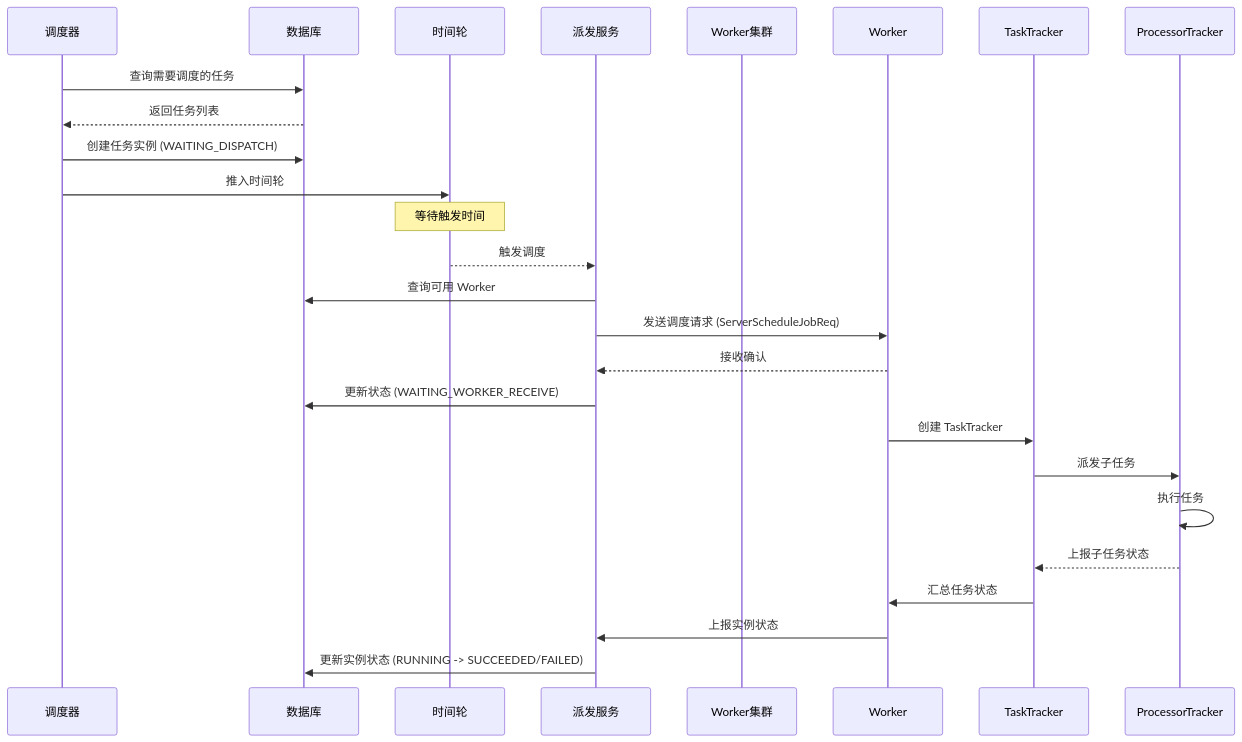
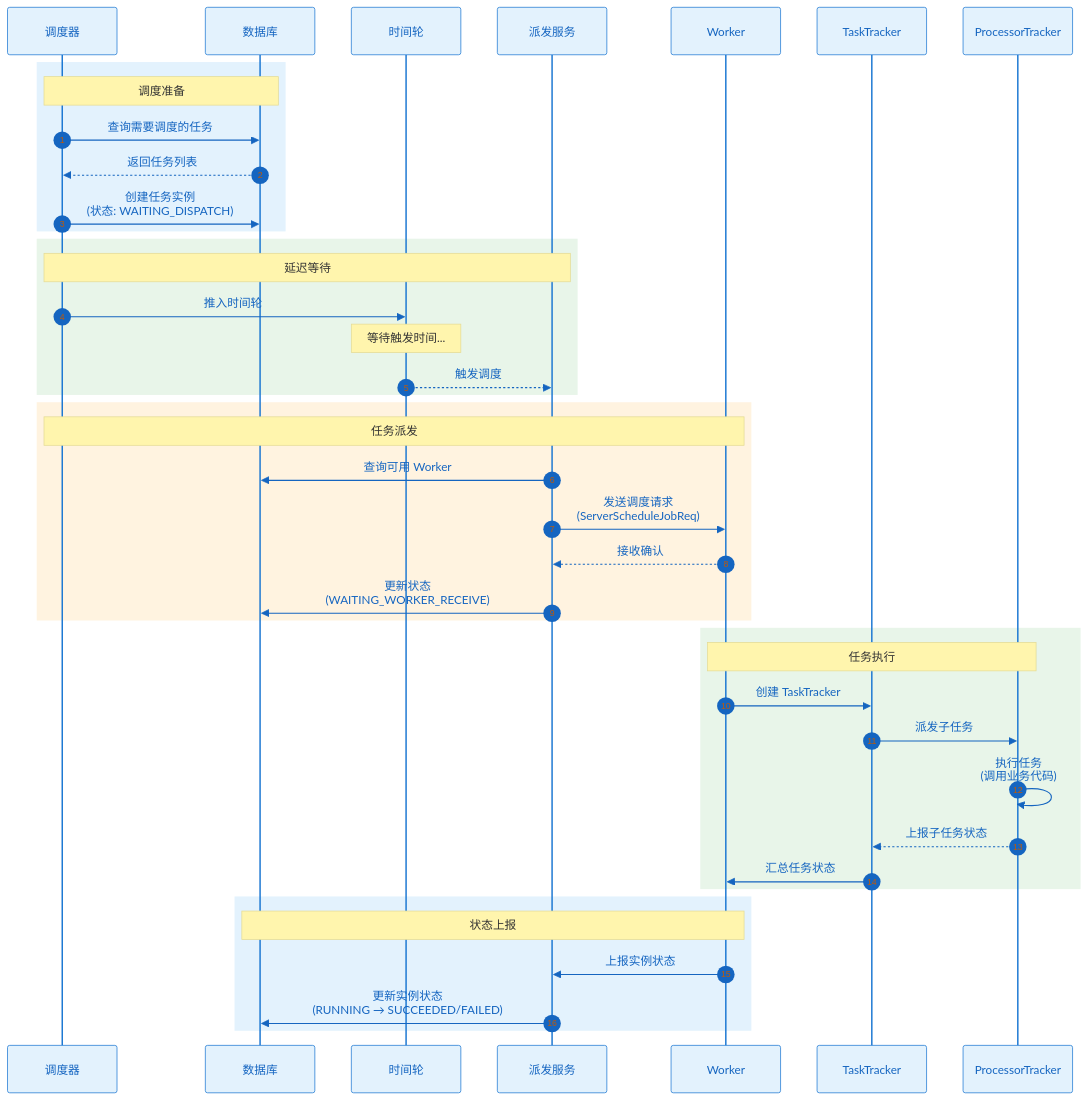
The fourth of 6 diagrams in zh/core/architecture.md (Echo009/PowerJob-Docs), drawn with Mermaid before and after one commit. The commit also changed other lines of this file and 7 other files, not shown here.

Commit message:
chore: 优化文档中的 mermaid 图表样式

````diff
--- a/zh/core/architecture.md
+++ b/zh/core/architecture.md
@@ -353,30 +383,50 @@
 ```mermaid
+%%{init: {'theme':'base', 'themeVariables': { 'primaryColor':'#e3f2fd', 'primaryTextColor':'#1565c0', 'primaryBorderColor':'#1976d2', 'lineColor':'#42a5f5', 'secondaryColor':'#e8f5e9', 'tertiaryColor':'#fff3e0', 'background':'#ffffff'}}}%%
 sequenceDiagram
-    participant S as 调度器
+    autonumber
+
+    participant Scheduler as 调度器
     participant DB as 数据库
-    participant TW as 时间轮
-    participant D as 派发服务
-    participant WC as Worker集群
-    participant W as Worker
+    participant TimeWheel as 时间轮
+    participant Dispatcher as 派发服务
+    participant Worker as Worker
     participant TT as TaskTracker
     participant PT as ProcessorTracker
 
-    S->>DB: 查询需要调度的任务
-    DB-->>S: 返回任务列表
-    S->>DB: 创建任务实例 (WAITING_DISPATCH)
-    S->>TW: 推入时间轮
-    Note over TW: 等待触发时间
-    TW-->>D: 触发调度
-    D->>DB: 查询可用 Worker
-    D->>W: 发送调度请求 (ServerScheduleJobReq)
-    W-->>D: 接收确认
-    D->>DB: 更新状态 (WAITING_WORKER_RECEIVE)
+    rect rgb(227, 242, 253)
+        Note over Scheduler,DB: 调度准备
+        Scheduler->>DB: 查询需要调度的任务
+        DB-->>Scheduler: 返回任务列表
+        Scheduler->>DB: 创建任务实例<br/>(状态: WAITING_DISPATCH)
+    end
 
-    W->>TT: 创建 TaskTracker
-    TT->>PT: 派发子任务
-    PT->>PT: 执行任务
-    PT-->>TT: 上报子任务状态
-    TT->>W: 汇总任务状态
-    W->>D: 上报实例状态
-    D->>DB: 更新实例状态 (RUNNING -> SUCCEEDED/FAILED)
+    rect rgb(232, 245, 233)
+        Note over Scheduler,Dispatcher: 延迟等待
+        Scheduler->>TimeWheel: 推入时间轮
+        Note over TimeWheel: 等待触发时间...
+        TimeWheel-->>Dispatcher: 触发调度
+    end
+
+    rect rgb(255, 243, 224)
+        Note over Scheduler,Worker: 任务派发
+        Dispatcher->>DB: 查询可用 Worker
+        Dispatcher->>Worker: 发送调度请求<br/>(ServerScheduleJobReq)
+        Worker-->>Dispatcher: 接收确认
+        Dispatcher->>DB: 更新状态<br/>(WAITING_WORKER_RECEIVE)
+    end
+
+    rect rgb(232, 245, 233)
+        Note over Worker,PT: 任务执行
+        Worker->>TT: 创建 TaskTracker
+        TT->>PT: 派发子任务
+        PT->>PT: 执行任务<br/>(调用业务代码)
+        PT-->>TT: 上报子任务状态
+        TT->>Worker: 汇总任务状态
+    end
+
+    rect rgb(227, 242, 253)
+        Note over Worker,DB: 状态上报
+        Worker->>Dispatcher: 上报实例状态
+        Dispatcher->>DB: 更新实例状态<br/>(RUNNING → SUCCEEDED/FAILED)
+    end
 ```
````
